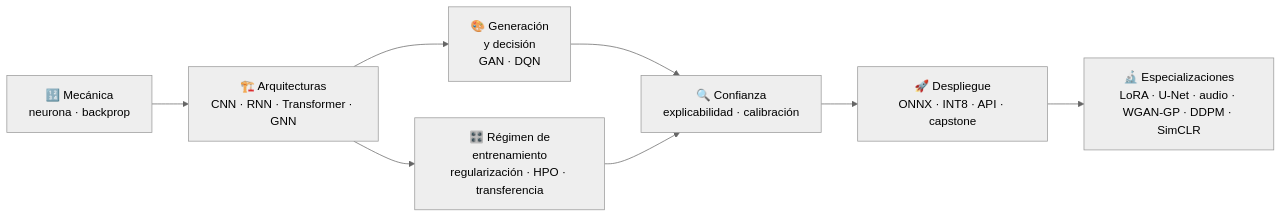
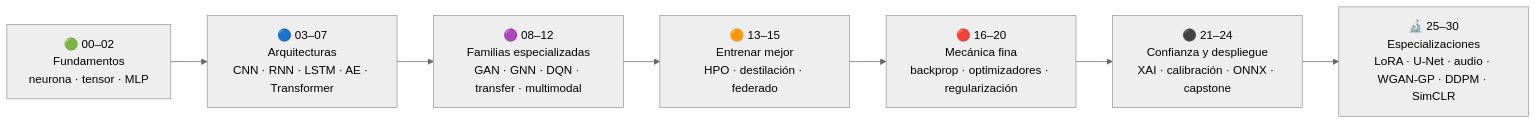
Before and after one commit to vladimiracunadev-create/neural-network-training-labs: the diagram in README.md, drawn with Mermaid (neutral theme). The commit also changed other lines of this file and 162 other files, not shown here.

````diff
--- a/README.md
+++ b/README.md
@@ -97,10 +97,9 @@
 ```mermaid
 flowchart LR
-    A["🔢 Mecánica<br/>neurona · backprop"] --> B["🏗️ Arquitecturas<br/>CNN · RNN · Transformer · GNN"]
-    B --> C["🎨 Generación<br/>y decisión<br/>GAN · DQN"]
-    B --> D["🎛️ Régimen de<br/>entrenamiento<br/>regularización · HPO · transferencia"]
-    C --> E["🔍 Confianza<br/>explicabilidad · calibración"]
-    D --> E
-    E --> F["🚀 Despliegue<br/>ONNX · INT8 · API · capstone"]
-    F --> G["🔬 Especializaciones<br/>LoRA · U-Net · audio · WGAN-GP · DDPM · SimCLR"]
+    A["🟢 00–02<br/>Fundamentos<br/>neurona · tensor · MLP"] --> B["🔵 03–07<br/>Arquitecturas<br/>CNN · RNN · LSTM · AE · Transformer"]
+    B --> C["🟣 08–12<br/>Familias especializadas<br/>GAN · GNN · DQN · transfer · multimodal"]
+    C --> D["🟠 13–15<br/>Entrenar mejor<br/>HPO · destilación · federado"]
+    D --> E["🔴 16–20<br/>Mecánica fina<br/>backprop · optimizadores · regularización"]
+    E --> F["⚫ 21–24<br/>Confianza y despliegue<br/>XAI · calibración · ONNX · capstone"]
+    F --> G["🔬 25–30<br/>Especializaciones<br/>LoRA · U-Net · audio · WGAN-GP · DDPM · SimCLR"]
 ```
````
